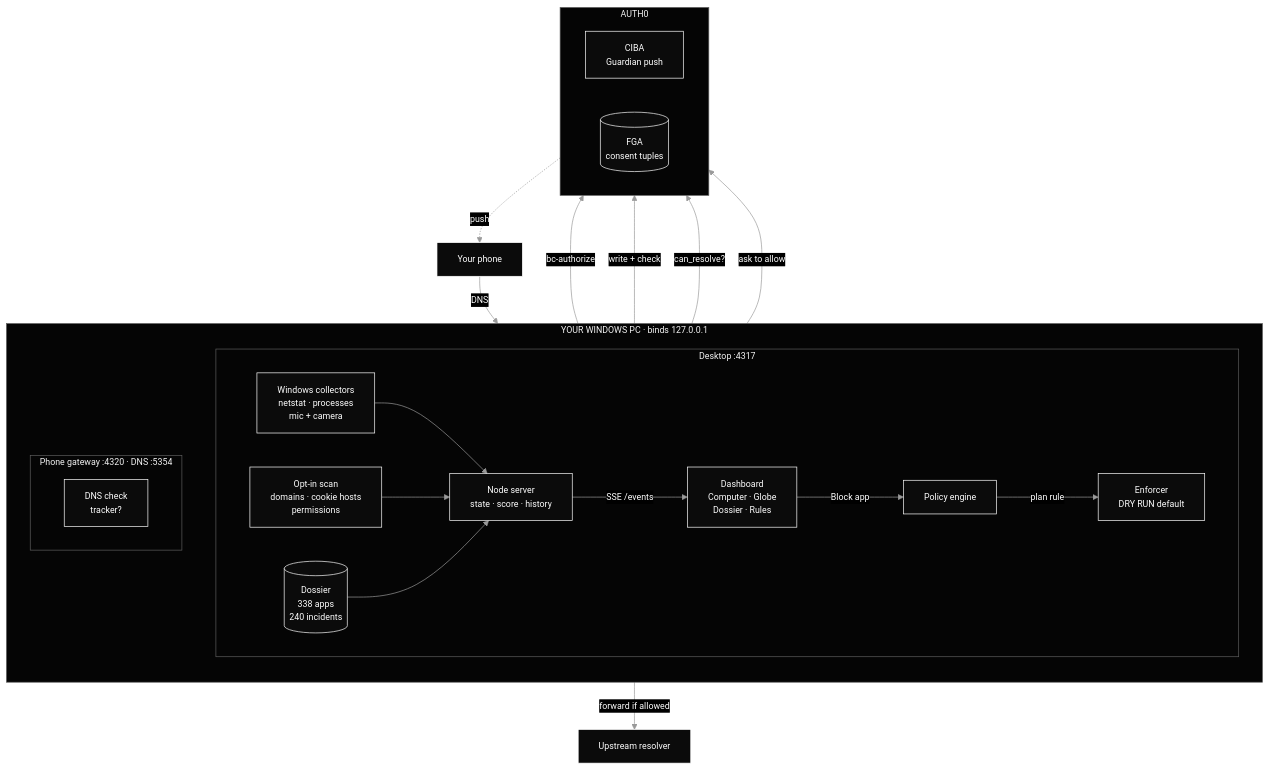
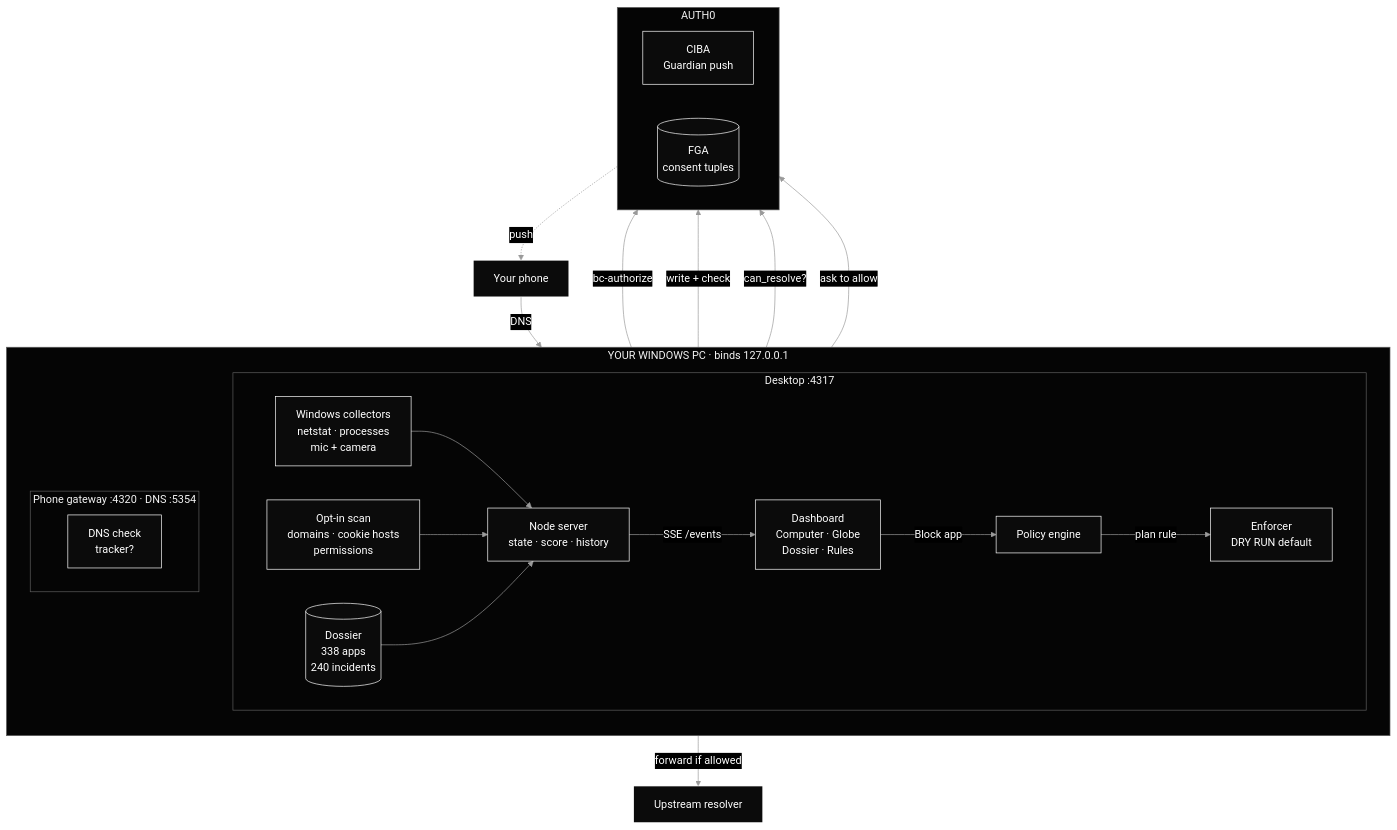
The first of 2 diagrams in README.md (Ibrahim9876Q/outbound), drawn with Mermaid before and after one commit. The commit also changed other lines of this file, not shown here.

Commit message:
Use Mermaid's default font so diagram labels don't clip

````diff
--- a/README.md
+++ b/README.md
@@ -121,35 +121,35 @@
 ```mermaid
-%%{init: {'theme':'base','themeVariables':{'background':'#000000','primaryColor':'#0b0b0b','primaryTextColor':'#ffffff','primaryBorderColor':'#ffffff','lineColor':'#9a9a9a','secondaryColor':'#161616','tertiaryColor':'#0b0b0b','clusterBkg':'#050505','clusterBorder':'#5f5f5f','edgeLabelBackground':'#000000','fontFamily':'ui-monospace, Consolas, monospace','fontSize':'13px'}}}%%
+%%{init: {'theme':'base','themeVariables':{'background':'#000000','primaryColor':'#0b0b0b','primaryTextColor':'#ffffff','primaryBorderColor':'#ffffff','lineColor':'#9a9a9a','secondaryColor':'#161616','tertiaryColor':'#0b0b0b','clusterBkg':'#050505','clusterBorder':'#5f5f5f','edgeLabelBackground':'#000000'}}}%%
 flowchart TB
   subgraph PC["YOUR WINDOWS PC · binds 127.0.0.1"]
     direction TB
     subgraph DESK["Desktop :4317"]
       direction LR
       COL["Windows collectors<br/>netstat · processes<br/>mic + camera"] --> SRV["Node server<br/>state · score · history"]
       SCAN["Opt-in scan<br/>domains · cookie hosts<br/>permissions"] --> SRV
       DOS[("Dossier<br/>338 apps<br/>240 incidents")] --> SRV
       SRV -- "SSE /events" --> UI["Dashboard<br/>Computer · Globe<br/>Dossier · Rules"]
       UI -- "Block app" --> POL["Policy engine"]
       POL -- "plan rule" --> ENF["Enforcer<br/>DRY RUN default"]
     end
     subgraph GWG["Phone gateway :4320 · DNS :5354"]
       direction LR
       GW["DNS check<br/>tracker?"]
     end
   end
   subgraph AUTH0["AUTH0"]
     direction LR
     CIBA["CIBA<br/>Guardian push"]
     FGA[("FGA<br/>consent tuples")]
   end
   PHONE["Your phone"]
   UP["Upstream resolver"]
 
   POL -- "bc-authorize" --> CIBA
   POL -- "write + check" --> FGA
   CIBA -. "push" .-> PHONE
   PHONE -- "DNS" --> GW
   GW -- "can_resolve?" --> FGA
   GW -- "ask to allow" --> CIBA
   GW -- "forward if allowed" --> UP
 ```
````
